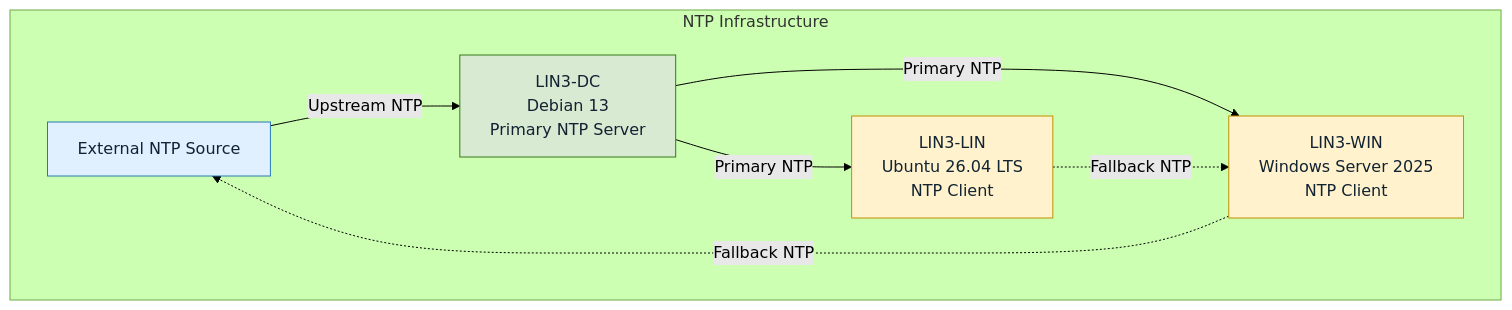
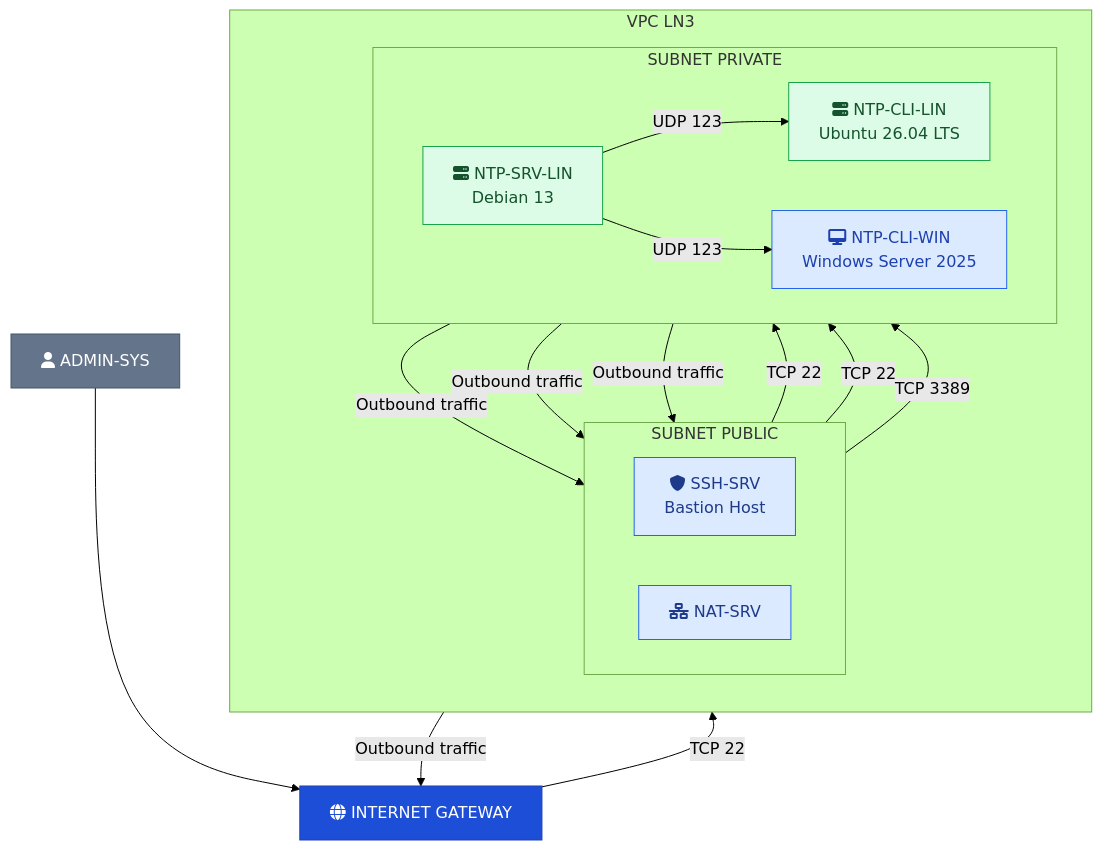
Before and after one commit to leo-jaquier/LIN3: the diagram in README.md, drawn with Mermaid (forest theme).

````diff
--- a/README.md
+++ b/README.md
@@ -22,27 +22,52 @@
 ```mermaid
+
 flowchart TB
-    SRC["External NTP Source"]
+    ADMIN["fa:fa-user ADMIN-SYS"]
+    INTERNET["fa:fa-globe INTERNET GATEWAY"]
 
-    subgraph INFRA["NTP Infrastructure"]
-        DC["LIN3-DC<br/>Debian 13<br/>Primary NTP Server"]
+    ADMIN --> INTERNET
 
-        WIN["LIN3-WIN<br/>Windows Server 2025<br/>NTP Client"]
-        LIN["LIN3-LIN<br/>Ubuntu 26.04 LTS<br/>NTP Client"]
+    subgraph VPC["VPC LN3"]
+        direction TB
 
-        DC -->|"Primary NTP"| WIN
-        DC -->|"Primary NTP"| LIN
+        subgraph PUBLIC["SUBNET PUBLIC"]
+            direction LR
+            SSH["fa:fa-shield SSH-SRV<br/>Bastion Host"]
+            NAT["fa:fa-network-wired NAT-SRV"]
+        end
 
-        WIN -.->|"Fallback NTP"| SRC
-        LIN -.->|"Fallback NTP"| WIN
+        subgraph PRIVATE["SUBNET PRIVATE"]
+            direction LR
+            NTP["fa:fa-server NTP-SRV-LIN<br/>Debian 13"]
+            LIN["fa:fa-server NTP-CLI-LIN<br/>Ubuntu 26.04 LTS"]
+            WIN["fa:fa-desktop NTP-CLI-WIN<br/>Windows Server 2025"]
+        end
     end
 
-    SRC -->|"Upstream NTP"| DC
+    INTERNET -->|"TCP 22"| SSH
 
-    classDef source fill:#e1f0ff,stroke:#2878b5,color:#123
-    classDef primary fill:#d9ead3,stroke:#38761d,color:#123
-    classDef client fill:#fff2cc,stroke:#bf9000,color:#123
+    SSH -->|"TCP 22"| NTP
+    SSH -->|"TCP 22"| LIN
+    SSH -->|"TCP 3389"| WIN
 
-    class SRC source
-    class DC primary
-    class WIN,LIN client
-``` 
+    NTP -->|"UDP 123"| LIN
+    NTP -->|"UDP 123"| WIN
+
+    NTP -->|"Outbound traffic"| NAT
+    LIN -->|"Outbound traffic"| NAT
+    WIN -->|"Outbound traffic"| NAT
+
+    NAT -->|"Outbound traffic"| INTERNET
+
+    classDef admin fill:#64748b,color:#fff,stroke:#475569
+    classDef gateway fill:#1d4ed8,color:#fff,stroke:#1e40af
+    classDef public fill:#dbeafe,color:#1e3a8a,stroke:#2563eb
+    classDef linux fill:#dcfce7,color:#14532d,stroke:#16a34a
+    classDef windows fill:#dbeafe,color:#1e40af,stroke:#2563eb
+
+    class ADMIN admin
+    class INTERNET gateway
+    class SSH,NAT public
+    class NTP,LIN linux
+    class WIN windows
+```
````
